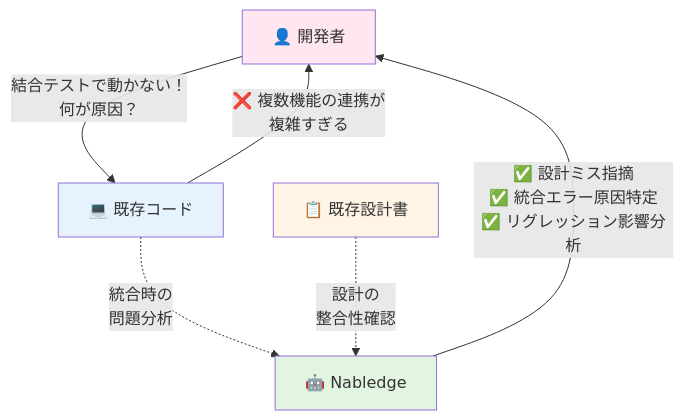
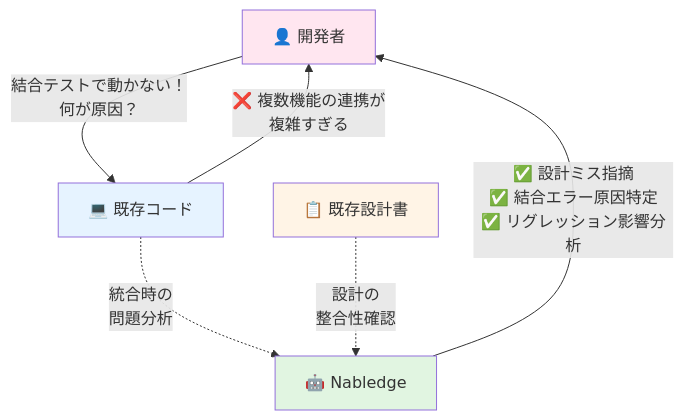
One commit to nablarch/nabledge-dev changed the sixth of 6 diagrams in doc/tobe-pattern-5.md. Above: the diagram before and after it, drawn with Mermaid. The commit also changed 2 other files, not shown here.

Commit message:
Fix terminology: 統合エラー → 結合エラー
Changed "統合エラー" (integration error) to "結合エラー" (integration test error)
throughout all documents for consistency with "結合テスト" terminology.

Files updated:
- process-activities.md
- tobe-pattern-1.md
- tobe-pattern-5.md

````diff
--- a/doc/tobe-pattern-5.md
+++ b/doc/tobe-pattern-5.md
@@ -108,19 +108,19 @@
 ```mermaid
 flowchart TB
     dev["👤 開発者"]
     design["📋 既存設計書"]
     code["💻 既存コード"]
     nabledge["🤖 Nabledge"]
 
     dev -->|"結合テストで動かない！<br/>何が原因？"| code
     code -->|"❌ 複数機能の連携が<br/>複雑すぎる"| dev
 
     code -.->|"統合時の<br/>問題分析"| nabledge
     design -.->|"設計の<br/>整合性確認"| nabledge
-    nabledge -->|"✅ 設計ミス指摘<br/>✅ 統合エラー原因特定<br/>✅ リグレッション影響分析"| dev
+    nabledge -->|"✅ 設計ミス指摘<br/>✅ 結合エラー原因特定<br/>✅ リグレッション影響分析"| dev
 
     style nabledge fill:#e1f5e1
     style design fill:#fff4e6
     style code fill:#e6f3ff
     style dev fill:#ffe6f0
 ```
````
